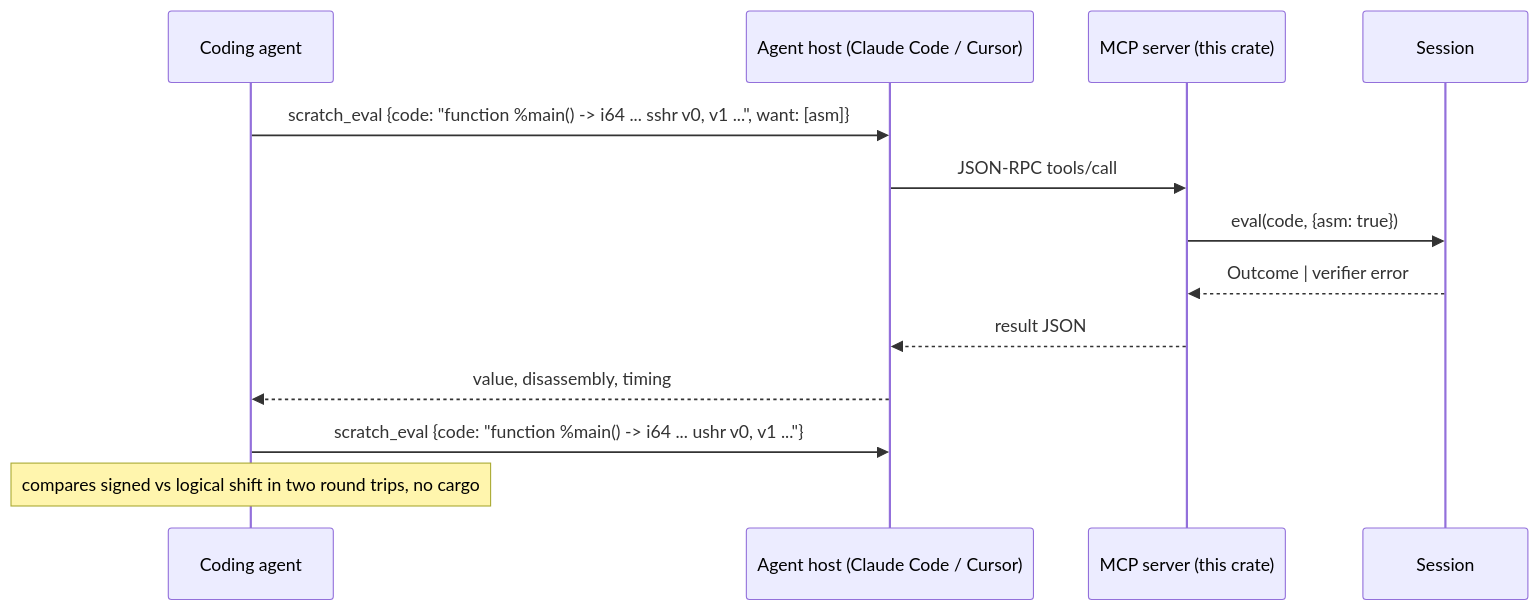
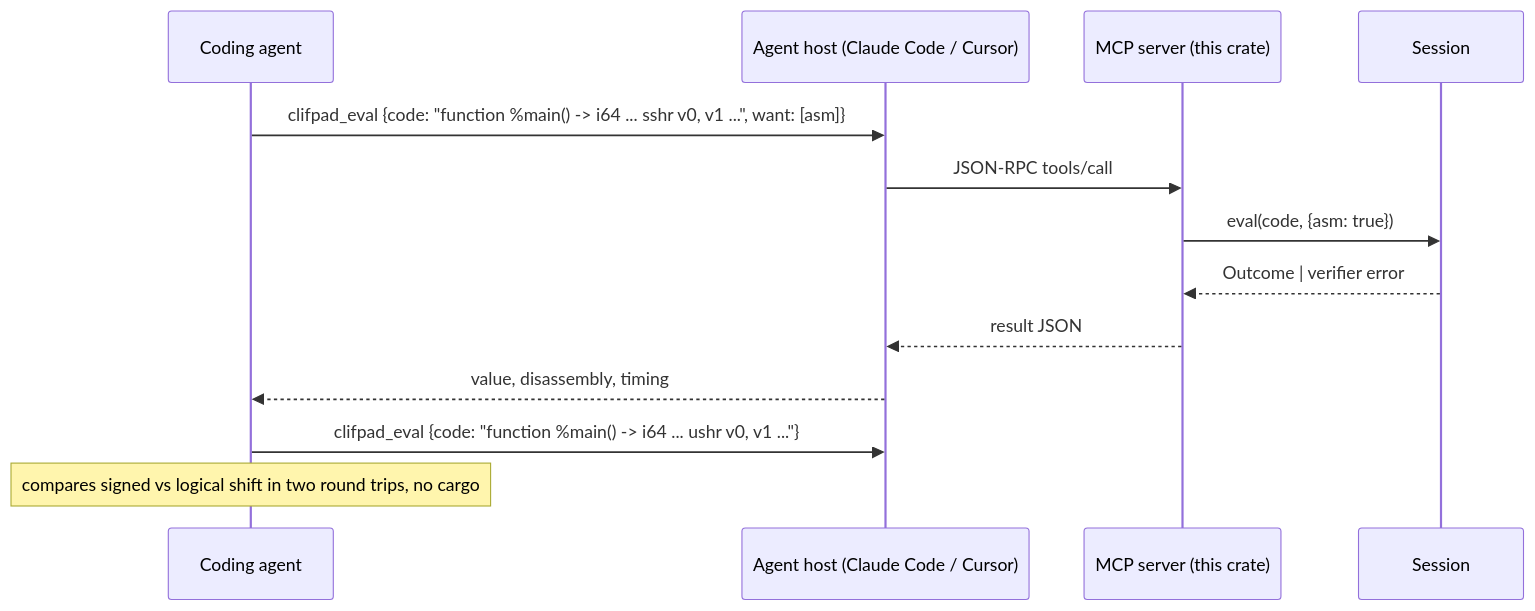
Before and after one commit to hewigovens/clifpad: the fourth of 4 diagrams in DESIGN.md, drawn with Mermaid. The commit also changed other lines of this file and 10 other files, not shown here.

````diff
--- a/DESIGN.md
+++ b/DESIGN.md
@@ -277,16 +277,16 @@
 ```mermaid
 sequenceDiagram
     participant A as Coding agent
     participant H as Agent host (Claude Code / Cursor)
     participant M as MCP server (this crate)
     participant S as Session
 
-    A->>H: scratch_eval {code: "function %main() -> i64 ... sshr v0, v1 ...", want: [asm]}
+    A->>H: clifpad_eval {code: "function %main() -> i64 ... sshr v0, v1 ...", want: [asm]}
     H->>M: JSON-RPC tools/call
     M->>S: eval(code, {asm: true})
     S-->>M: Outcome | verifier error
     M-->>H: result JSON
     H-->>A: value, disassembly, timing
-    A->>H: scratch_eval {code: "function %main() -> i64 ... ushr v0, v1 ..."}
+    A->>H: clifpad_eval {code: "function %main() -> i64 ... ushr v0, v1 ..."}
     Note over A: compares signed vs logical shift in two round trips, no cargo
 ```
````
